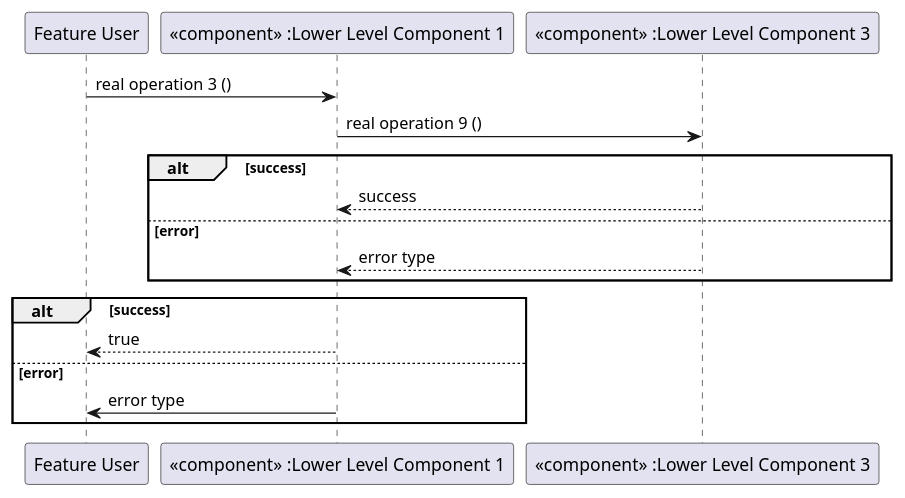
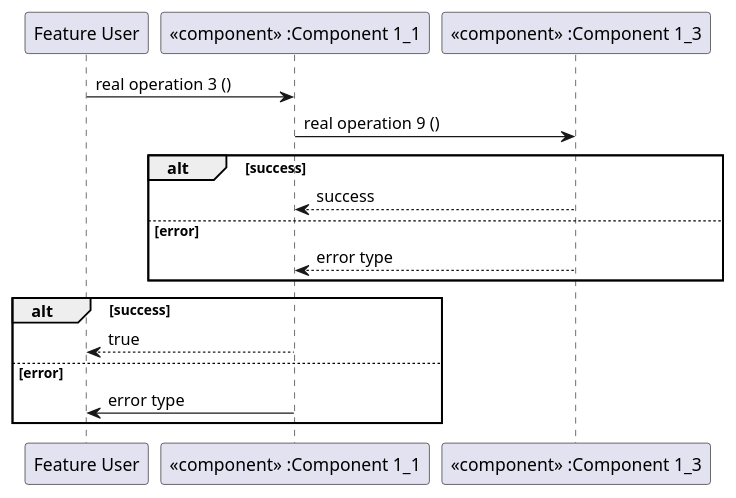
One commit to qorix-group/process_description changed the diagram in process/process_areas/architecture_design/_assets/component_architecture_dynamic.puml. Above: the diagram before and after it, drawn with PlantUML. The commit also changed 26 other files, not shown here.

```diff
--- a/process/process_areas/architecture_design/_assets/component_architecture_dynamic.puml
+++ b/process/process_areas/architecture_design/_assets/component_architecture_dynamic.puml
@@ -29,22 +29,22 @@
 @startuml
 
 participant "Feature User" as actor
-participant "«component» :Lower Level Component 1" as sc1
-participant "«component» :Lower Level Component 3" as sc3
+participant "«component» :Component 1_1" as sc1
+participant "«component» :Component 1_3" as sc3
 
 actor -> sc1: real operation 3 ()
 sc1 -> sc3: real operation 9 ()
 
 alt success
     sc3 --> sc1: success
 else error
     sc3 --> sc1: error type
 end
 
 alt success
     sc1 --> actor: true
 else error
     sc1 -> actor: error type
 end
 
 @enduml
```
